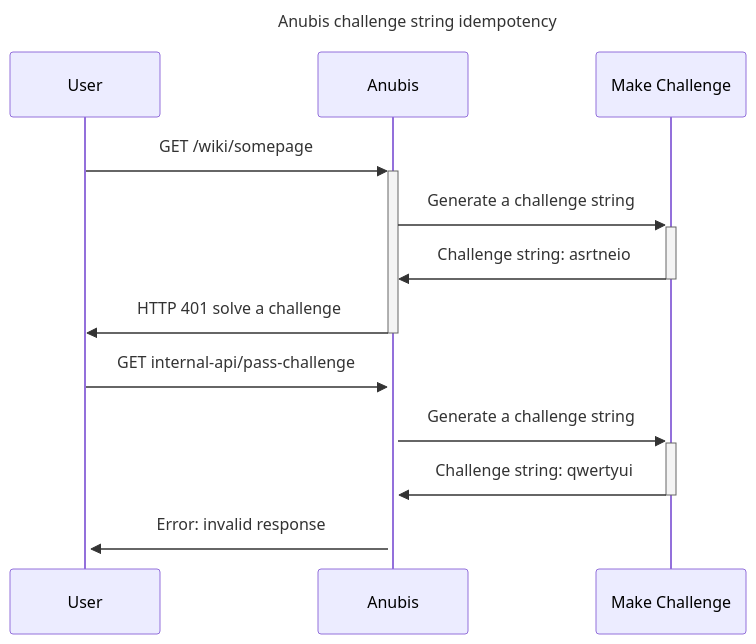
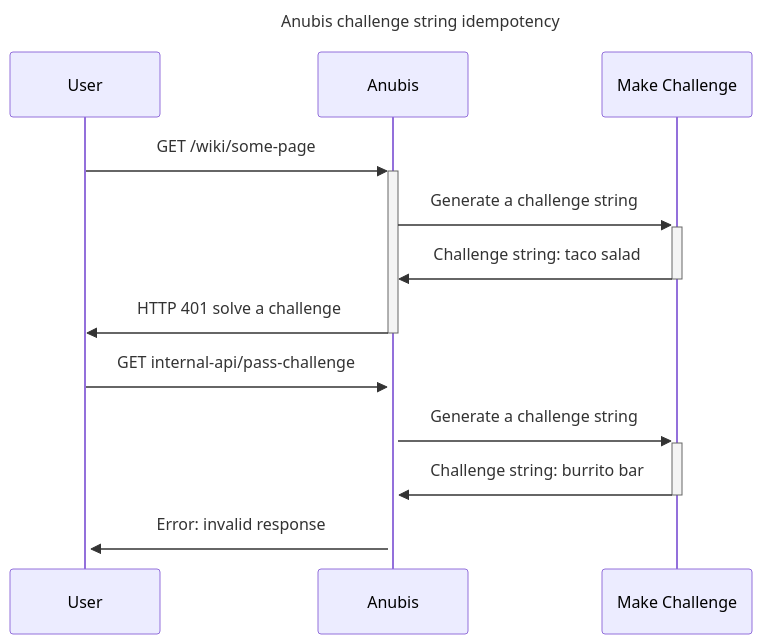
Before and after one commit to rimas-kudelis/anubis: the third of 5 diagrams in docs/blog/2025-07-22-release-1.21.1/index.mdx, drawn with Mermaid. The commit also changed other lines of this file and 2 other files, not shown here.

````diff
--- a/docs/blog/2025-07-22-release-1.21.1/index.mdx
+++ b/docs/blog/2025-07-22-release-1.21.1/index.mdx
@@ -254,14 +248,14 @@
 ```mermaid
 ---
 title: Anubis challenge string idempotency
 ---
 sequenceDiagram
-    User->>+Anubis: GET /wiki/somepage
+    User->>+Anubis: GET /wiki/some-page
     Anubis->>+Make Challenge: Generate a challenge string
-    Make Challenge->>-Anubis: Challenge string: asrtneio
+    Make Challenge->>-Anubis: Challenge string: taco salad
     Anubis->>-User: HTTP 401 solve a challenge
     User->>+Anubis: GET internal-api/pass-challenge
     Anubis->>+Make Challenge: Generate a challenge string
-    Make Challenge->>-Anubis: Challenge string: qwertyui
+    Make Challenge->>-Anubis: Challenge string: burrito bar
     Anubis->>+User: Error: invalid response
 ```
````
